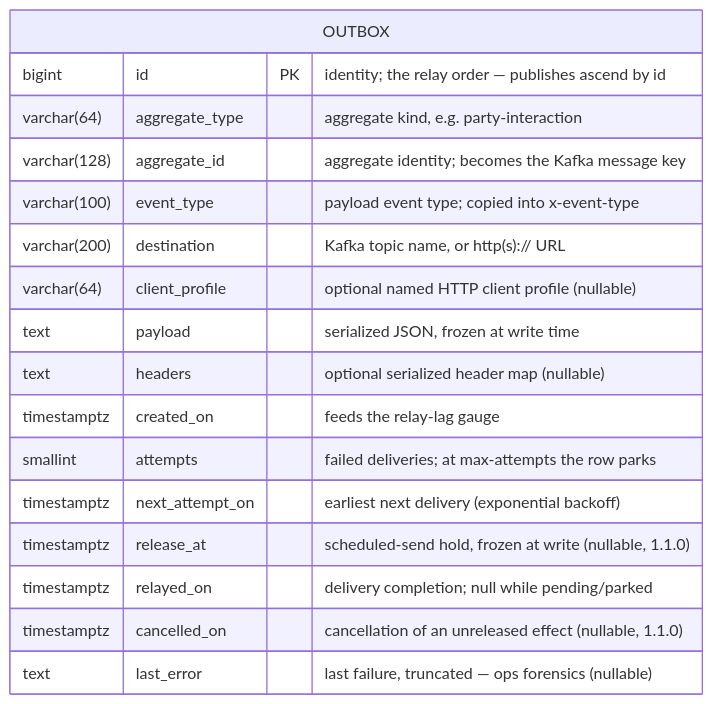
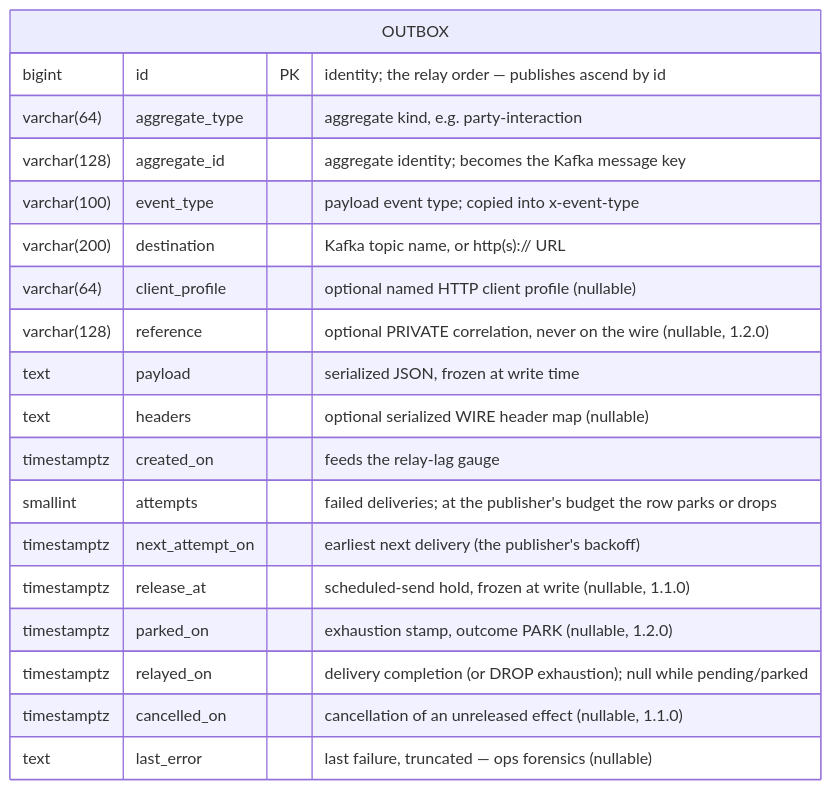
Before and after one commit to opentmf/opentmf-outbox-service: the first of 3 diagrams in README.md, drawn with Mermaid. The commit also changed other lines of this file and 39 other files, not shown here.

First line of the commit message:
The last gap-closing release (1.2.0): publisher policy, parked_on, reference, onboarding, ops parity, the release gate

````diff
--- a/README.md
+++ b/README.md
@@ -26,20 +28,22 @@
 ```mermaid
 erDiagram
     OUTBOX {
         bigint      id              PK "identity; the relay order — publishes ascend by id"
         varchar(64) aggregate_type     "aggregate kind, e.g. party-interaction"
         varchar(128) aggregate_id      "aggregate identity; becomes the Kafka message key"
         varchar(100) event_type        "payload event type; copied into x-event-type"
         varchar(200) destination       "Kafka topic name, or http(s):// URL"
         varchar(64) client_profile     "optional named HTTP client profile (nullable)"
+        varchar(128) reference         "optional PRIVATE correlation, never on the wire (nullable, 1.2.0)"
         text        payload            "serialized JSON, frozen at write time"
-        text        headers            "optional serialized header map (nullable)"
+        text        headers            "optional serialized WIRE header map (nullable)"
         timestamptz created_on         "feeds the relay-lag gauge"
-        smallint    attempts           "failed deliveries; at max-attempts the row parks"
-        timestamptz next_attempt_on    "earliest next delivery (exponential backoff)"
+        smallint    attempts           "failed deliveries; at the publisher's budget the row parks or drops"
+        timestamptz next_attempt_on    "earliest next delivery (the publisher's backoff)"
         timestamptz release_at         "scheduled-send hold, frozen at write (nullable, 1.1.0)"
-        timestamptz relayed_on         "delivery completion; null while pending/parked"
+        timestamptz parked_on          "exhaustion stamp, outcome PARK (nullable, 1.2.0)"
+        timestamptz relayed_on         "delivery completion (or DROP exhaustion); null while pending/parked"
         timestamptz cancelled_on       "cancellation of an unreleased effect (nullable, 1.1.0)"
         text        last_error         "last failure, truncated — ops forensics (nullable)"
     }
 ```
````
